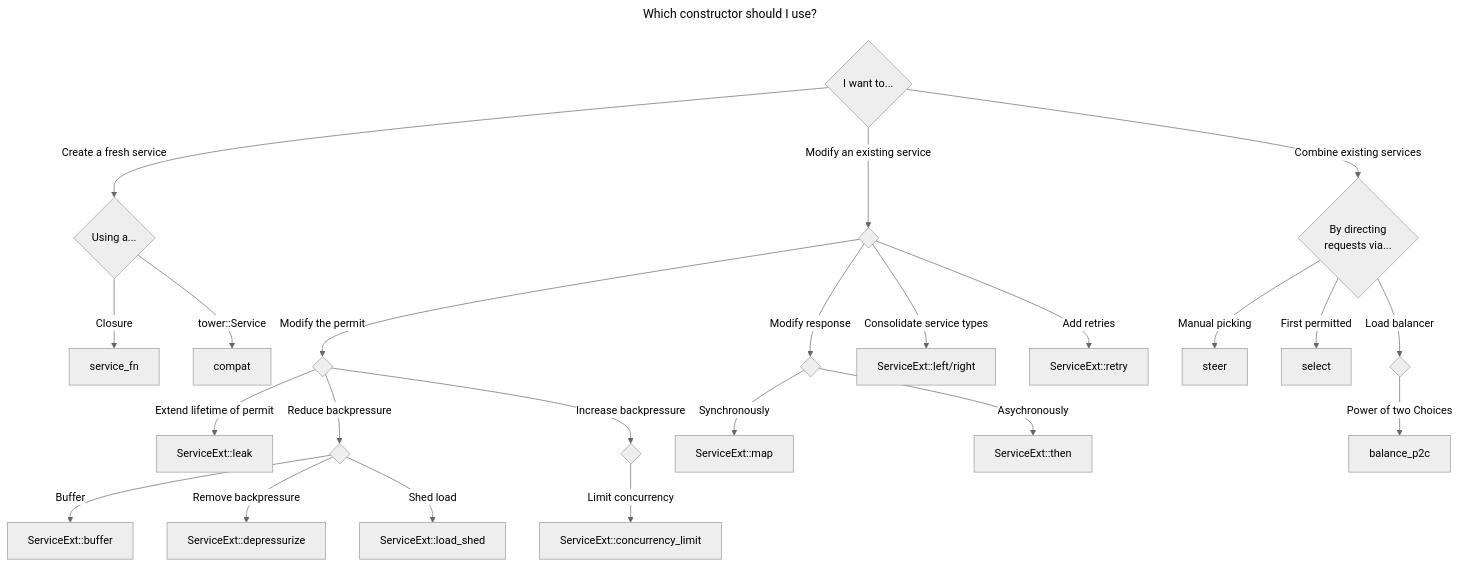
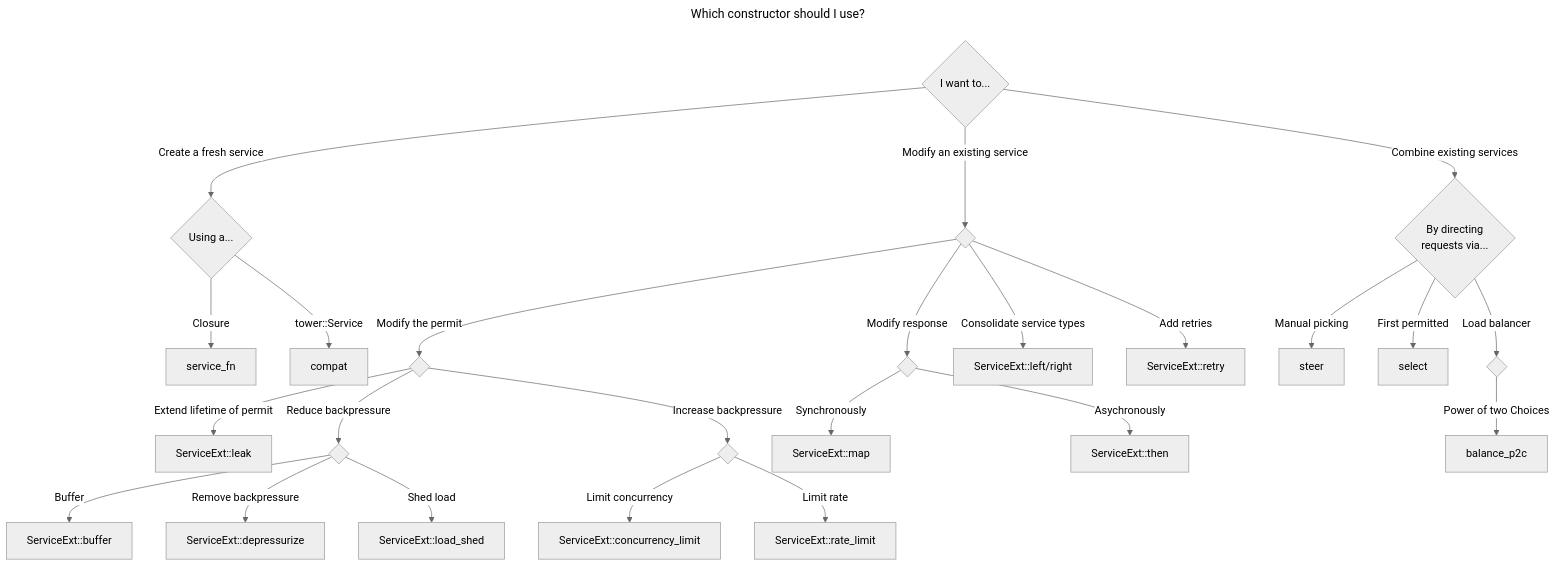
The diagram in src/flowchart.mmd (hlbarber/burger), drawn with Mermaid (neutral theme) before and after one commit. The commit also changed 3 other files, not shown here.

Commit message:
rate limit

```diff
--- a/src/flowchart.mmd
+++ b/src/flowchart.mmd
@@ -1,26 +1,27 @@
 ---
 title: Which constructor should I use?
 ---
 flowchart TD
     A{I want to...} --> |Create a fresh service| B{Using a...}
     B --> |Closure| service_fn
     B --> |tower::Service| compat
     A --> |Modify an existing service| C{ }
     C --> |Modify the permit| D{ }
     D --> |Extend lifetime of permit| ServiceExt::leak
     D --> |Reduce backpressure| E{ }
     E --> |Buffer| ServiceExt::buffer
     E --> |Remove backpressure| ServiceExt::depressurize
     E --> |Shed load| ServiceExt::load_shed
     D --> |Increase backpressure| F{ }
     F --> |Limit concurrency| ServiceExt::concurrency_limit
+    F --> |Limit rate| ServiceExt::rate_limit
     C --> |Modify response| G{ }
     G --> |Synchronously| ServiceExt::map
     G --> |Asychronously| ServiceExt::then
     C --> |Consolidate service types| ServiceExt::left/right
     C --> |Add retries| ServiceExt::retry
     A --> |Combine existing services| H{By directing \nrequests via...}
     H --> |Manual picking| steer
     H --> |First permitted| select
     H --> |Load balancer| I{ }
     I --> |Power of two Choices| balance_p2c 
```
